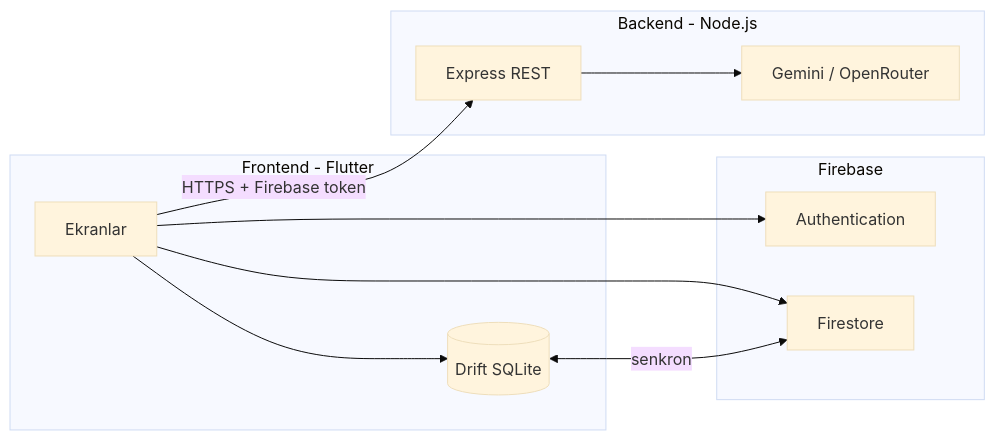
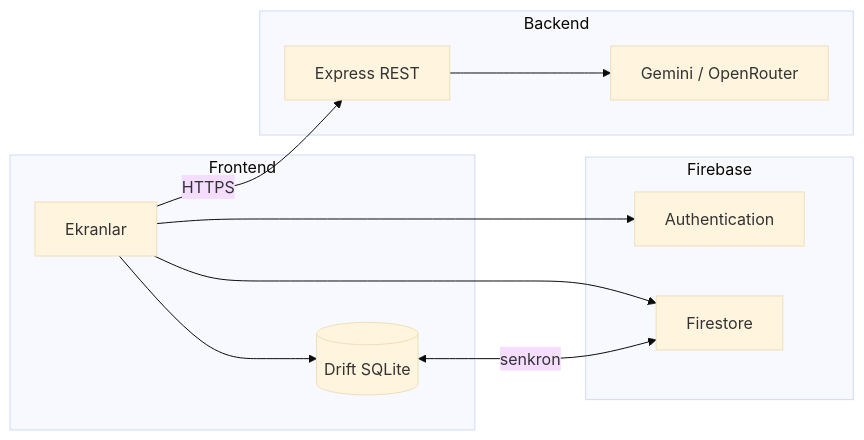
The diagram in README.md (gazellhatice/UpSchool-301-2026), drawn with Mermaid (base theme) before and after one commit. The commit also changed other lines of this file, not shown here.

````diff
--- a/README.md
+++ b/README.md
@@ -75,24 +54,24 @@
 ```mermaid
 flowchart LR
-  subgraph client [Frontend - Flutter]
+  subgraph client [Frontend]
     UI[Ekranlar]
     Drift[(Drift SQLite)]
     UI --> Drift
   end
 
   subgraph cloud [Firebase]
     Auth[Authentication]
     FS[Firestore]
   end
 
-  subgraph server [Backend - Node.js]
+  subgraph server [Backend]
     API[Express REST]
     LLM[Gemini / OpenRouter]
     API --> LLM
   end
 
   UI --> Auth
   UI --> FS
   Drift <-->|senkron| FS
-  UI -->|HTTPS + Firebase token| API
+  UI -->|HTTPS| API
 ```
````
